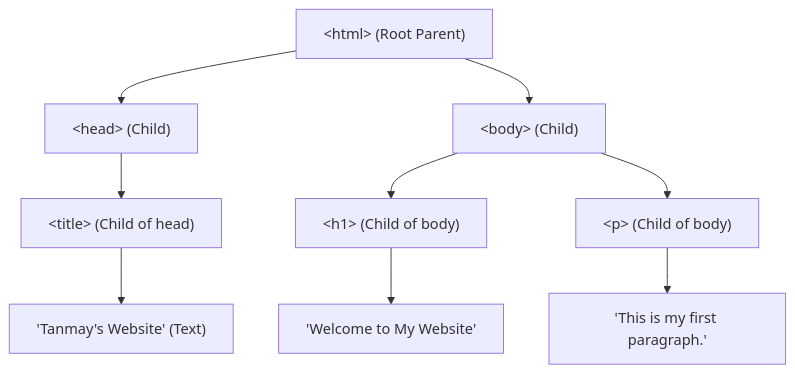
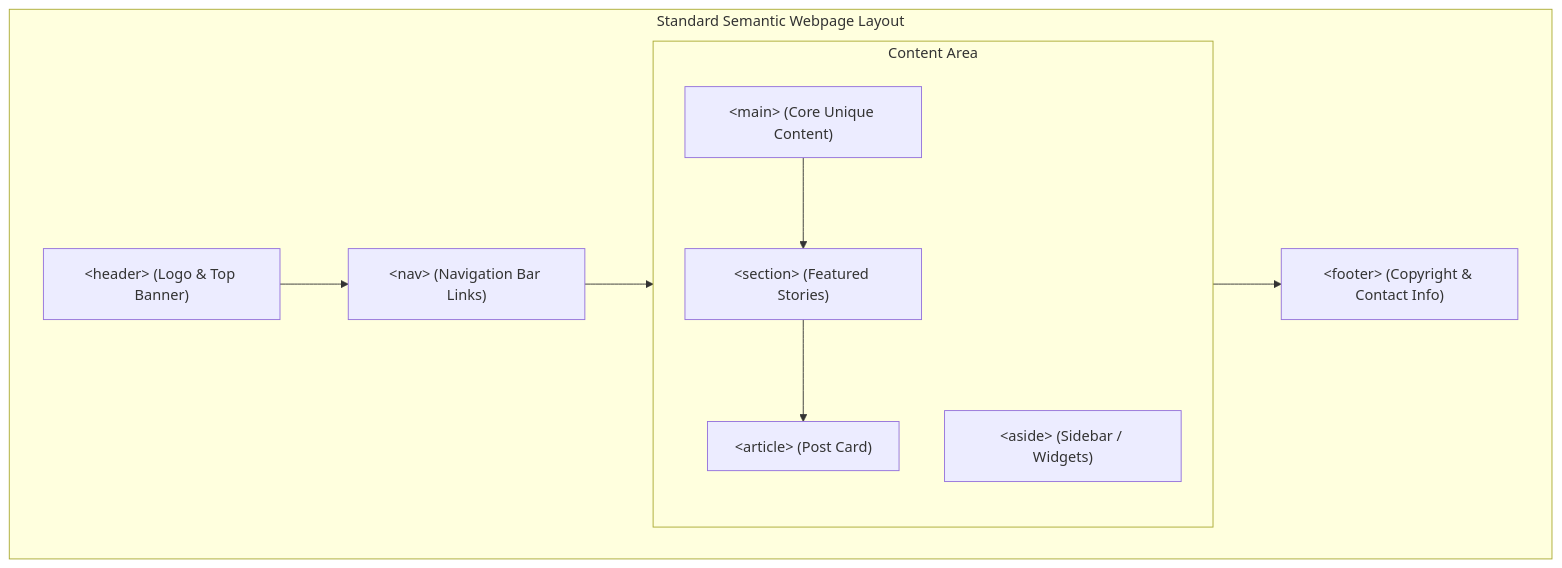
Before and after one commit to tanmay119-pera/HTML-PROGRAMMING-FUNDAMENTALS: the second of 3 diagrams in CH-1-Basic/README.md, drawn with Mermaid. The commit also changed other lines of this file and 1 other file, not shown here.

Commit message:
Add banner and super README

````diff
--- a/CH-1-Basic/README.md
+++ b/CH-1-Basic/README.md
@@ -137,15 +124,22 @@
 ```mermaid
 graph TD
-    HTML["&lt;html&gt; (Root Parent)"]
-    HTML --> HEAD["&lt;head&gt; (Child)"]
-    HTML --> BODY["&lt;body&gt; (Child)"]
+    subgraph PAGE ["Standard Semantic Webpage Layout"]
+        HEADER["&lt;header&gt; (Logo & Top Banner)"]
+        NAV["&lt;nav&gt; (Navigation Bar Links)"]
+        
+        subgraph CONTENT_AREA ["Content Area"]
+            MAIN["&lt;main&gt; (Core Unique Content)"]
+            SECTION1["&lt;section&gt; (Featured Stories)"]
+            ARTICLE1["&lt;article&gt; (Post Card)"]
+            ASIDE["&lt;aside&gt; (Sidebar / Widgets)"]
+        end
+        
+        FOOTER["&lt;footer&gt; (Copyright & Contact Info)"]
+    end
     
-    HEAD --> TITLE["&lt;title&gt; (Child of head)"]
-    TITLE --> TITLE_TEXT["'Tanmay's Website' (Text)"]
-
-    BODY --> H1["&lt;h1&gt; (Child of body)"]
-    H1 --> H1_TEXT["'Welcome to My Website'"]
-    
-    BODY --> P["&lt;p&gt; (Child of body)"]
-    P --> P_TEXT["'This is my first paragraph.'"]
+    HEADER --> NAV
+    NAV --> CONTENT_AREA
+    MAIN --> SECTION1
+    SECTION1 --> ARTICLE1
+    CONTENT_AREA --> FOOTER
 ```
````
